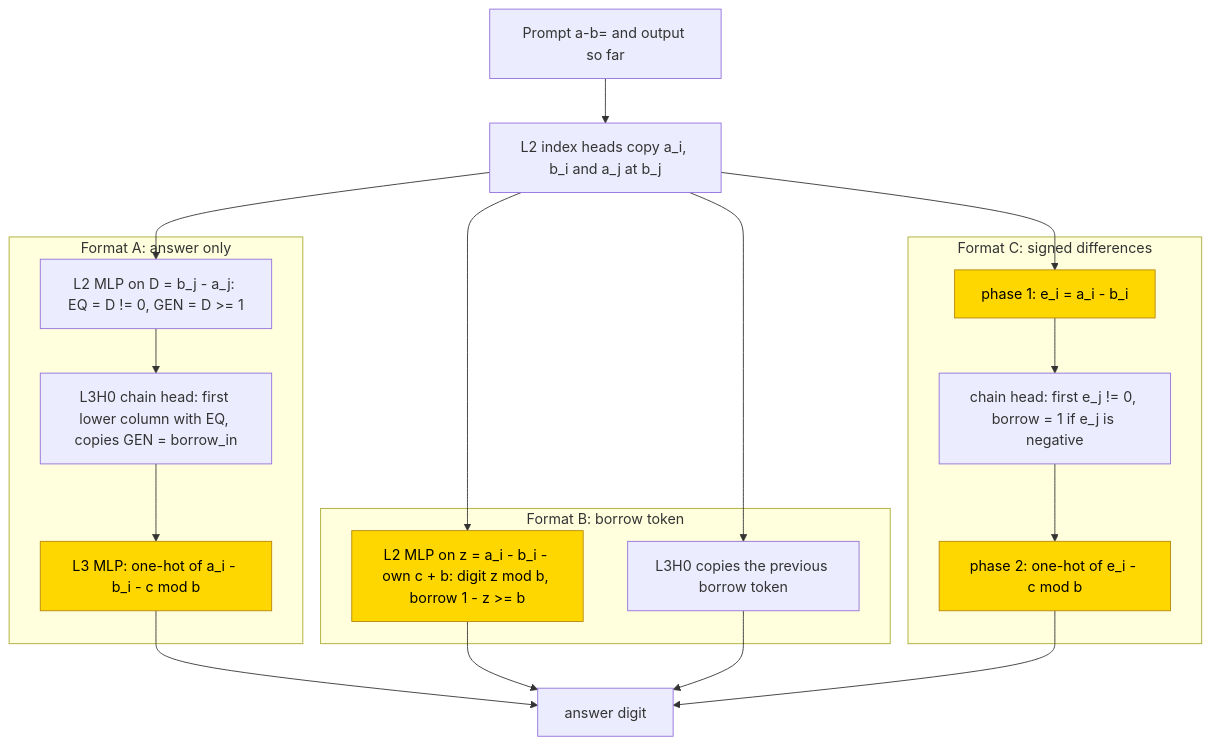
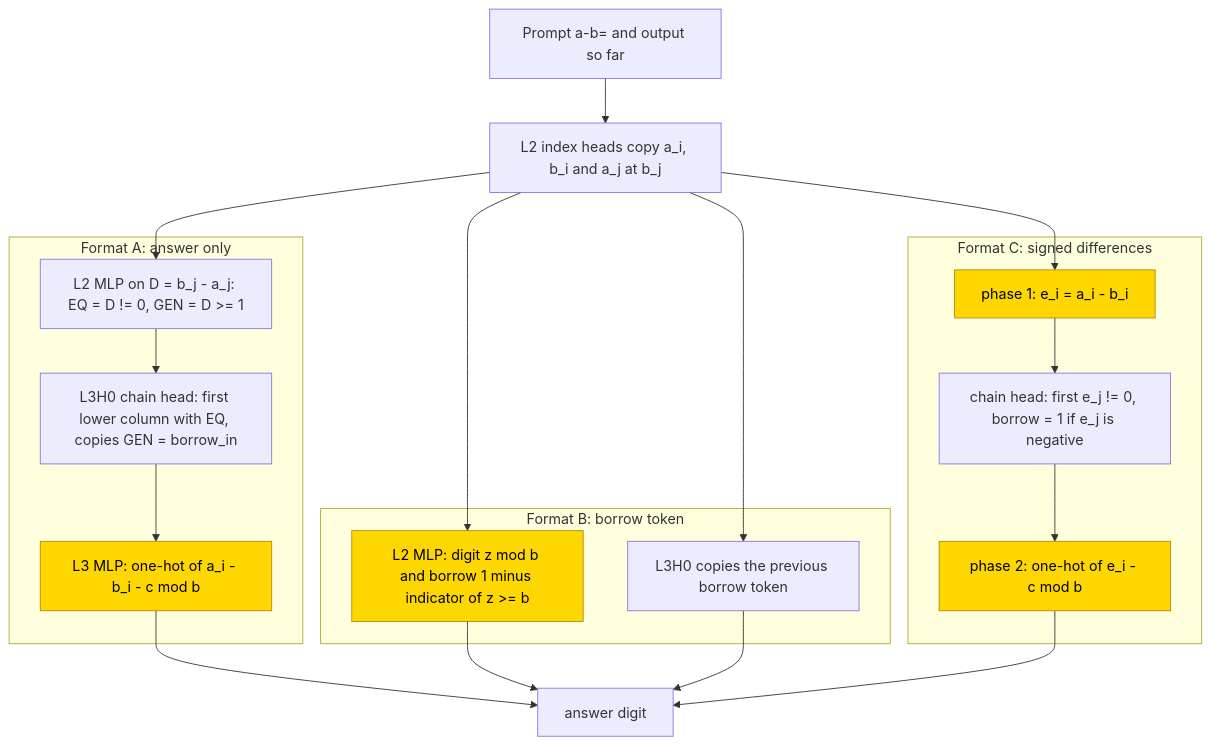
The first of 2 diagrams in entries/subtraction.md (jc1122/mechanistic-interpretability-circuit-atlas), drawn with Mermaid before and after one commit. The commit also changed other lines of this file and 54 other files, not shown here.

````diff
--- a/entries/subtraction.md
+++ b/entries/subtraction.md
@@ -108,26 +101,26 @@
 ```mermaid
 flowchart TD
     P["Prompt a-b= and output so far"] --> F["L2 index heads copy a_i, b_i and a_j at b_j"]
     subgraph FA["Format A: answer only"]
         A1["L2 MLP on D = b_j - a_j: EQ = D != 0, GEN = D >= 1"] --> A2["L3H0 chain head: first lower column with EQ, copies GEN = borrow_in"]
         A2 --> A3["L3 MLP: one-hot of a_i - b_i - c mod b"]
     end
     subgraph FB["Format B: borrow token"]
-        B1["L2 MLP on z = a_i - b_i - own c + b: digit z mod b, borrow 1 - z >= b"]
+        B1["L2 MLP: digit z mod b and borrow 1 minus indicator of z >= b"]
         B0["L3H0 copies the previous borrow token"]
     end
     subgraph FC["Format C: signed differences"]
         C1["phase 1: e_i = a_i - b_i"] --> C2["chain head: first e_j != 0, borrow = 1 if e_j is negative"]
         C2 --> C3["phase 2: one-hot of e_i - c mod b"]
     end
     F --> A1
     F --> B1
     F --> B0
     F --> C1
     A3 --> Y["answer digit"]
     B1 --> Y
     B0 --> Y
     C3 --> Y
     classDef trained fill:gold,stroke:darkgoldenrod,color:black
     class A3,B1,C1,C3 trained
 ```
````
